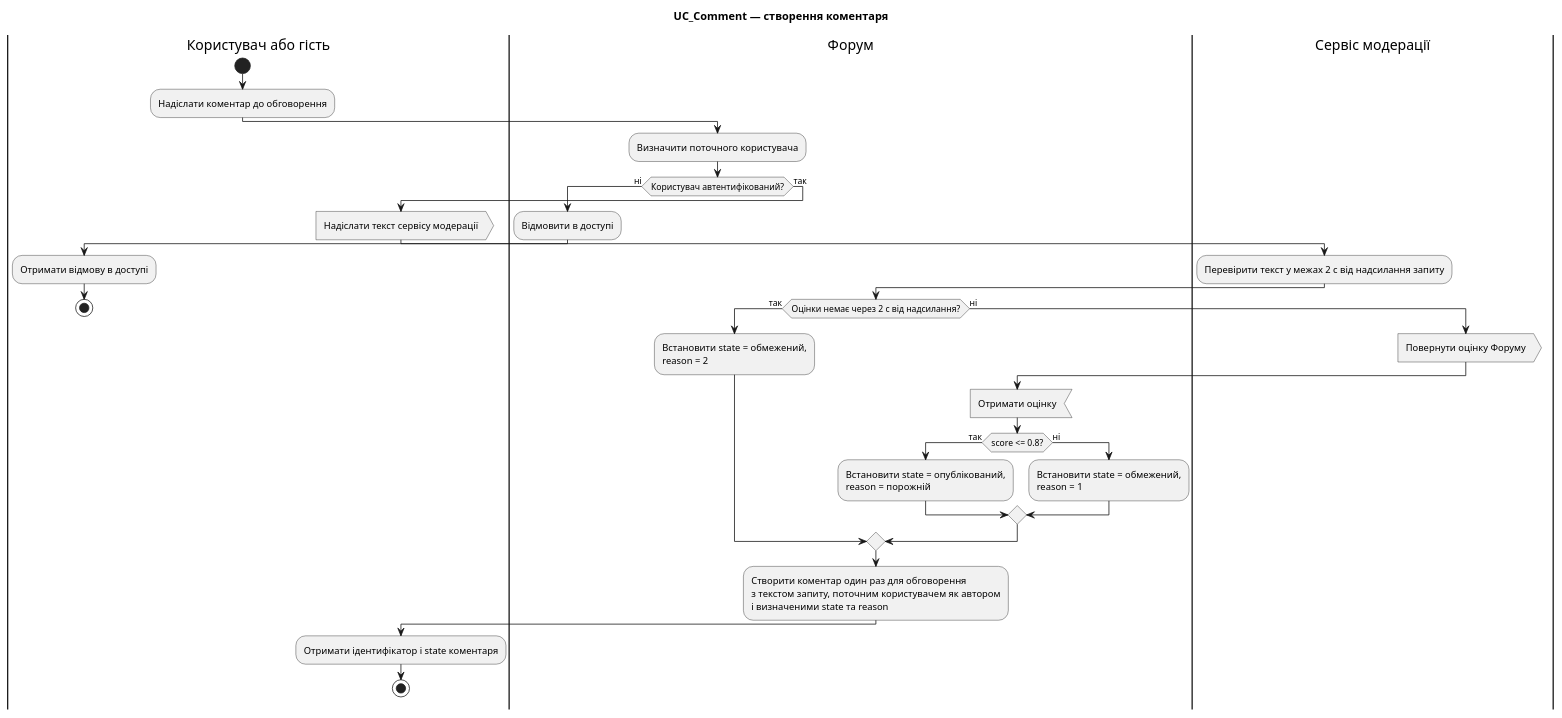
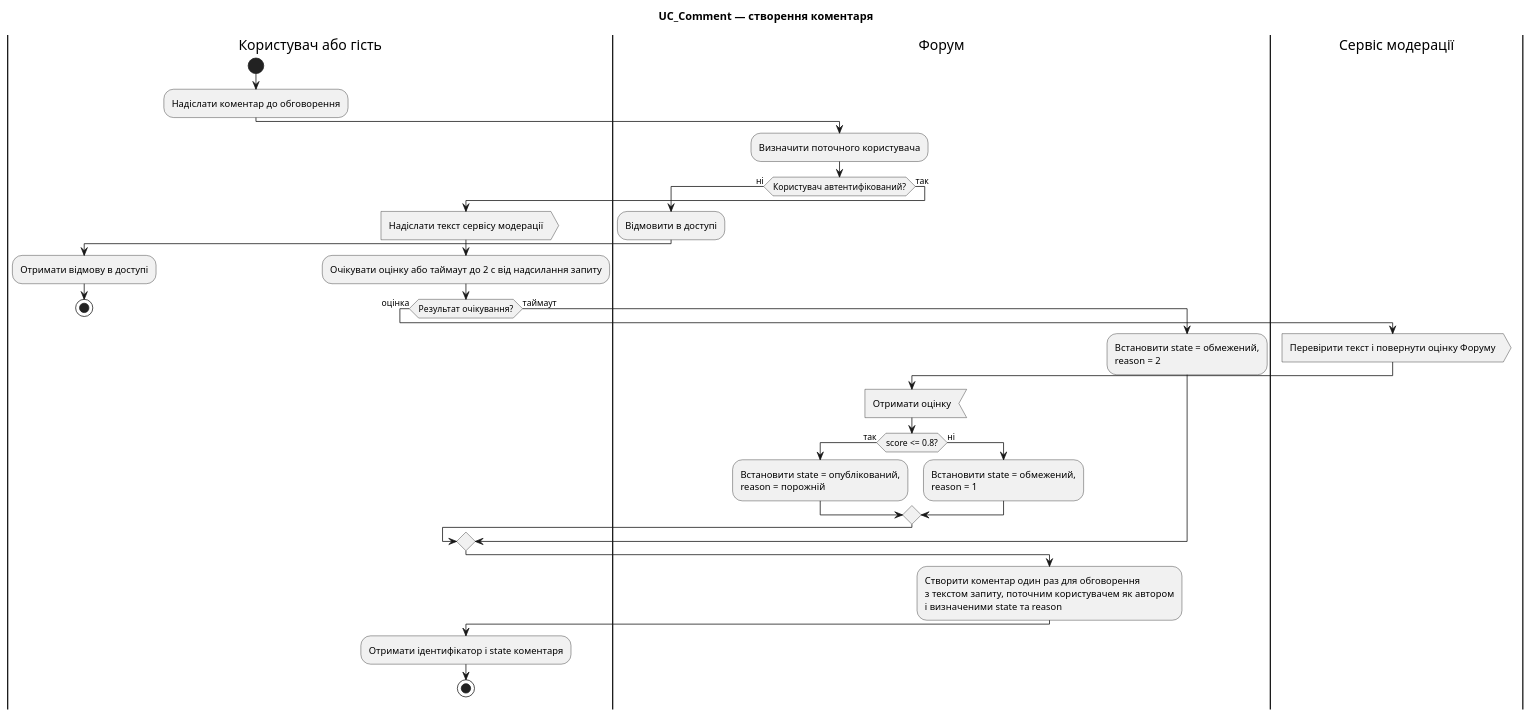
Before and after one commit to tevarindol/forum: the diagram in lab4/activity.puml, drawn with PlantUML.

Commit message:
fix(lab4): update AI-generated activity diagram for bounded wait
Harness: OpenCode
Model: openai/gpt-6-luna

```diff
--- a/lab4/activity.puml
+++ b/lab4/activity.puml
@@ -1,44 +1,42 @@
 @startuml
 title UC_Comment — створення коментаря
 
 |Користувач або гість|
 start
 :Надіслати коментар до обговорення;
 
 |Форум|
 :Визначити поточного користувача;
 if (Користувач автентифікований?) then (ні)
   :Відмовити в доступі;
   |Користувач або гість|
   :Отримати відмову в доступі;
   stop
 else (так)
   :Надіслати текст сервісу модерації>
-  |Сервіс модерації|
-  :Перевірити текст у межах 2 с від надсилання запиту;
-  |Форум|
-  if (Оцінки немає через 2 с від надсилання?) then (так)
-    :Встановити state = обмежений,
-reason = 2;
-  else (ні)
+  :Очікувати оцінку або таймаут до 2 с від надсилання запиту;
+  if (Результат очікування?) then (оцінка)
     |Сервіс модерації|
-    :Повернути оцінку Форуму>
+    :Перевірити текст і повернути оцінку Форуму>
     |Форум|
     :Отримати оцінку<
     if (score <= 0.8?) then (так)
       :Встановити state = опублікований,
 reason = порожній;
     else (ні)
       :Встановити state = обмежений,
 reason = 1;
     endif
+  else (таймаут)
+    :Встановити state = обмежений,
+reason = 2;
   endif
 
   :Створити коментар один раз для обговорення
 з текстом запиту, поточним користувачем як автором
 і визначеними state та reason;
   |Користувач або гість|
   :Отримати ідентифікатор і state коментаря;
   stop
 endif
 @enduml
```
